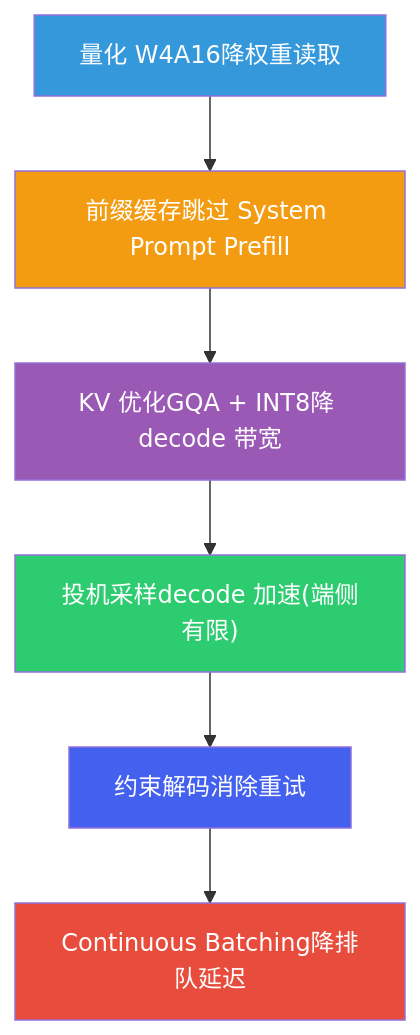
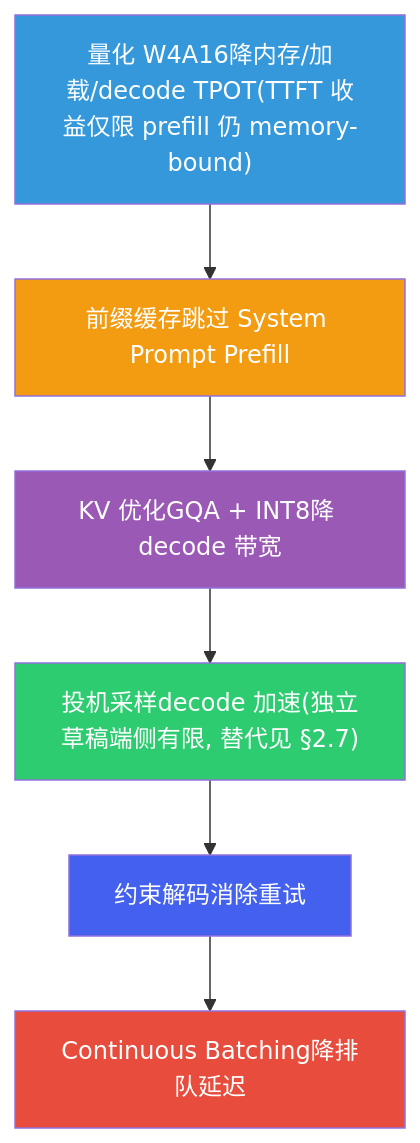
One commit to ranpin/edge-ai-docs changed the fifth of 5 diagrams in cockpit/general/infer-serving.md. Above: the diagram before and after it, drawn with Mermaid. The commit also changed other lines of this file, not shown here.

````diff
--- a/cockpit/general/infer-serving.md
+++ b/cockpit/general/infer-serving.md
@@ -425,15 +578,15 @@
 ```mermaid
 flowchart TB
-    A["量化 W4A16降权重读取"] --> B["前缀缓存跳过 System Prompt Prefill"]
+    A["量化 W4A16降内存/加载/decode TPOT(TTFT 收益仅限 prefill 仍 memory-bound)"] --> B["前缀缓存跳过 System Prompt Prefill"]
     B --> C["KV 优化GQA + INT8降 decode 带宽"]
-    C --> D["投机采样decode 加速(端侧有限)"]
+    C --> D["投机采样decode 加速(独立草稿端侧有限, 替代见 §2.7)"]
     D --> E["约束解码消除重试"]
     E --> F["Continuous Batching降排队延迟"]
 
     style A fill:#3498db,color:#fff
     style B fill:#f39c12,color:#fff
     style C fill:#9b59b6,color:#fff
     style D fill:#2ecc71,color:#fff
     style E fill:#4361ee,color:#fff
     style F fill:#e74c3c,color:#fff
 ```
````
